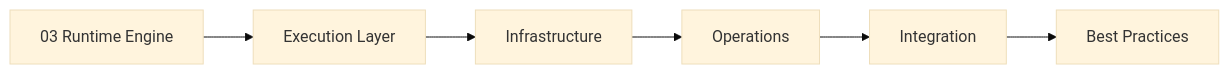
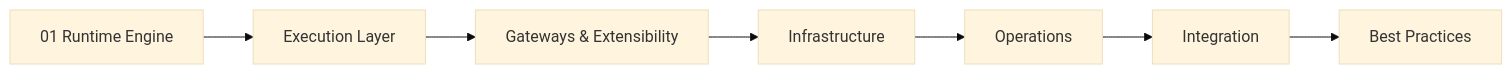
One commit to Buicongbang04/Social_OS changed the second of 3 diagrams in docs/runtime/INDEX.md. Above: the diagram before and after it, drawn with Mermaid (base theme). The commit also changed other lines of this file and 55 other files, not shown here.

````diff
--- a/docs/runtime/INDEX.md
+++ b/docs/runtime/INDEX.md
@@ -130,8 +138,9 @@
 ```mermaid
 flowchart LR
-    C[03 Runtime Engine] --> D[Execution Layer]
-    D --> E[Infrastructure]
+    C[01 Runtime Engine] --> D[Execution Layer]
+    D --> D2[Gateways & Extensibility]
+    D2 --> E[Infrastructure]
     E --> F[Operations]
     F --> G[Integration]
     G --> H[Best Practices]
 ```
````
